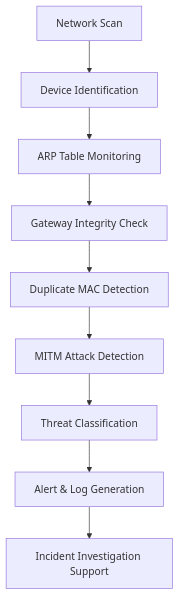
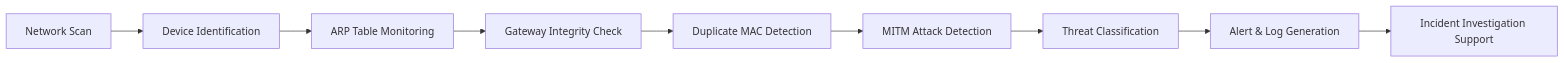
The diagram in README.md (deepika-cs121/ShadowScythe-MITM-Detection), drawn with Mermaid before and after one commit.

````diff
--- a/README.md
+++ b/README.md
@@ -114,11 +114,11 @@
 ```mermaid
-flowchart TD
+flowchart LR
     A[Network Scan] --> B[Device Identification]
     B --> C[ARP Table Monitoring]
     C --> D[Gateway Integrity Check]
     D --> E[Duplicate MAC Detection]
     E --> F[MITM Attack Detection]
     F --> G[Threat Classification]
     G --> H[Alert & Log Generation]
     H --> I[Incident Investigation Support]
 ```
````
